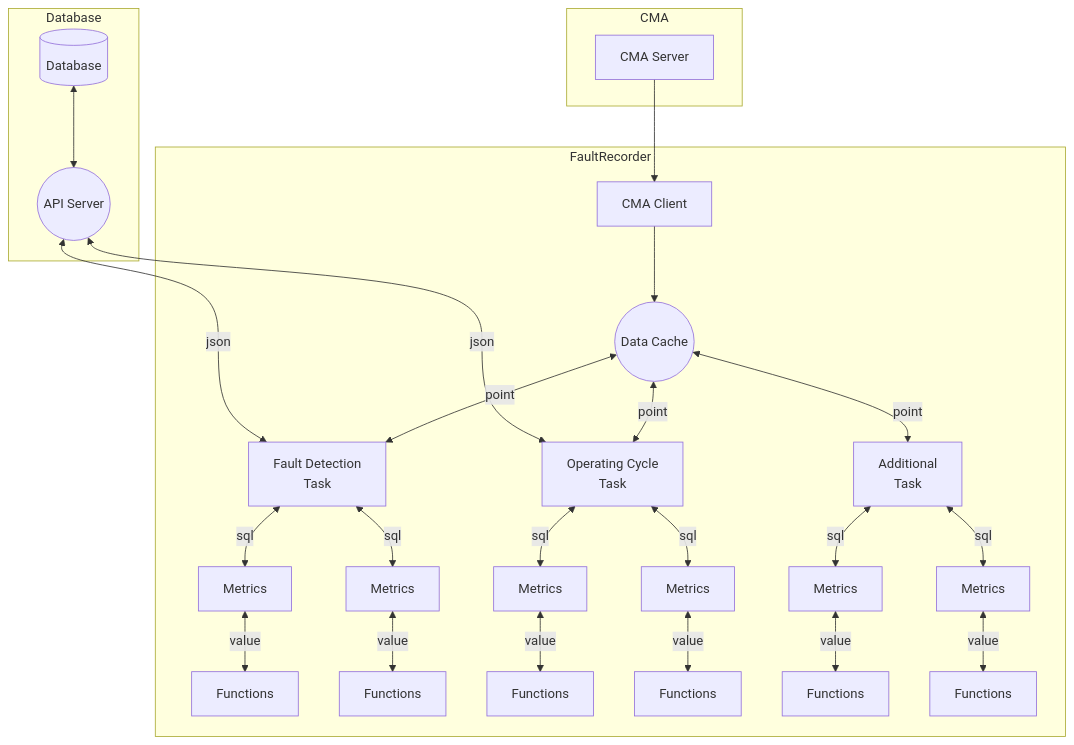
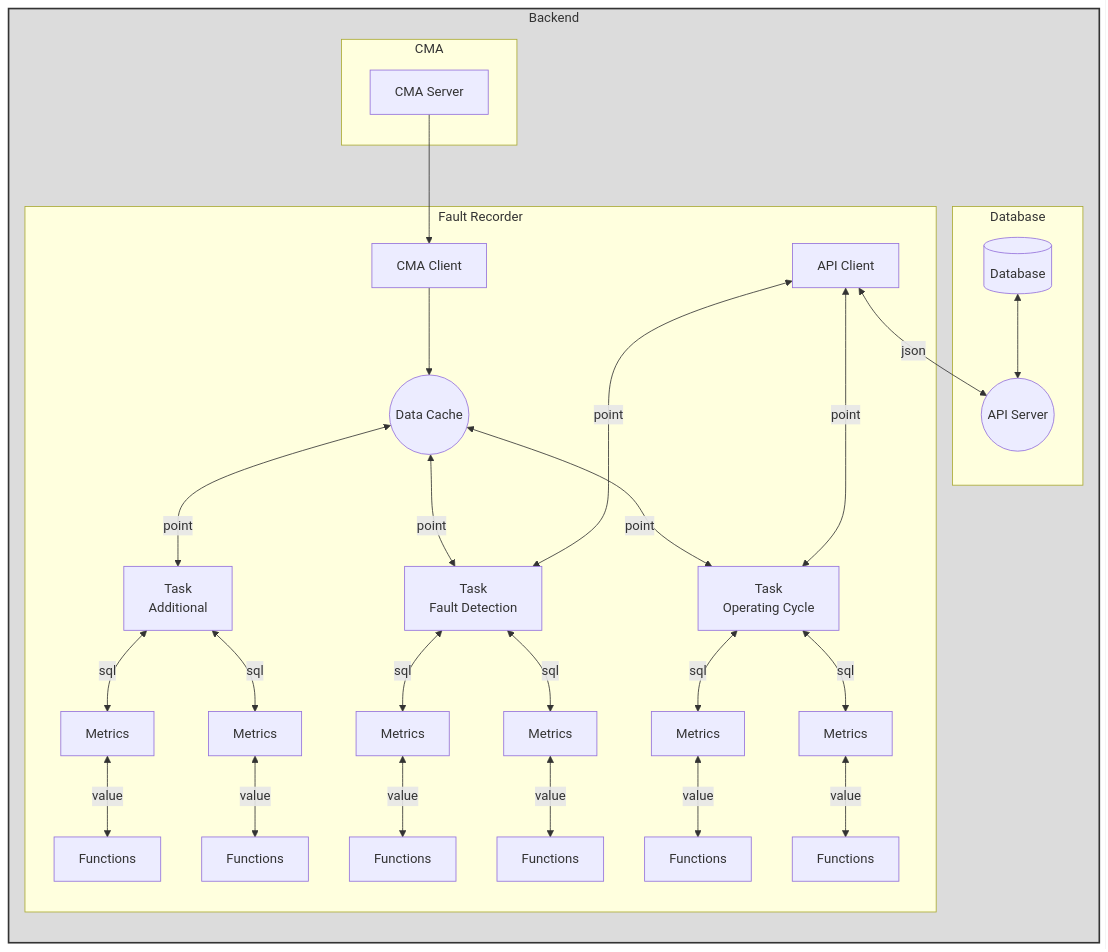
The diagram in readme.md (a-givertzman/fr-service), drawn with Mermaid before and after one commit.

````diff
--- a/readme.md
+++ b/readme.md
@@ -25,55 +25,63 @@
 ```mermaid
-flowchart TD;
+flowchart LR;
+    subgraph Backend
+        subgraph CMA
+            cmaServer[CMA Server]
+        end
 
-    subgraph CMA
-        cmaServer[CMA Server]
+        subgraph Database
+            apiServer((API Server</p>));
+            db[(Database)];
+        end
+
+        subgraph FaultRecorder[Fault Recorder]
+            cmaClient[CMA Client];
+            apiClient[API Client];
+            dataCache((" Data Cache"));
+            task1[Task<br>Operating Cycle];
+            task2[Task<br>Fault Detection];
+            task3[Task<br>Additional];
+            faultDetectionMetrics1[Metrics]
+            faultDetectionMetrics2[Metrics]
+            operatingCycleMetrics1[Metrics];
+            operatingCycleMetrics2[Metrics];
+            additionalMetrics1[Metrics];
+            additionalMetrics2[Metrics];
+            faultDetectionFunctions1[Functions]
+            faultDetectionFunctions2[Functions]
+            operatingCycleFunctions1[Functions];
+            operatingCycleFunctions2[Functions];
+            additionalfunctions1[Functions];
+            additionalfunctions2[Functions];
+        end
+
+        db <--> apiServer;
+        apiClient<--->|point|task1;
+        apiClient<--->|point|task2;
+
+        cmaServer --> cmaClient
+        cmaClient --> dataCache
+        apiClient <--> |json|apiServer
+
+        dataCache <--> |point| task1;
+        dataCache <--> |point| task2;
+        dataCache <--> |point| task3;
+        task1 <--> |sql| operatingCycleMetrics1;
+        task1 <--> |sql| operatingCycleMetrics2;
+        task2 <--> |sql| faultDetectionMetrics1
+        task2 <--> |sql| faultDetectionMetrics2
+        task3 <--> |sql| additionalMetrics1
+        task3 <--> |sql| additionalMetrics2
+        additionalMetrics1 <--> |value| additionalfunctions1
+        additionalMetrics2 <--> |value| additionalfunctions2
+        faultDetectionMetrics1 <--> |value| faultDetectionFunctions1
+        faultDetectionMetrics2 <--> |value| faultDetectionFunctions2
+        operatingCycleMetrics1 <--> |value| operatingCycleFunctions1
+        operatingCycleMetrics2 <--> |value| operatingCycleFunctions2
     end
-
-    subgraph Database
-        api((API Server</p>));
-        db[(Database)];
-    end
-
-    subgraph FaultRecorder
-        cmaClient[CMA Client]
-        dataCache((" Data Cache"));
-        task1[Operating Cycle<br>Task];
-        task2[Fault Detection<br>Task];
-        task3[Additional<br>Task];
-        faultDetectionMetrics1[Metrics]
-        faultDetectionMetrics2[Metrics]
-        operatingCycleMetrics1[Metrics];
-        operatingCycleMetrics2[Metrics];
-        additionalMetrics1[Metrics];
-        additionalMetrics2[Metrics];
-        faultDetectionFunctions1[Functions]
-        faultDetectionFunctions2[Functions]
-        operatingCycleFunctions1[Functions];
-        operatingCycleFunctions2[Functions];
-        additionalfunctions1[Functions];
-        additionalfunctions2[Functions];
-    end
-
-    db <--> api;
-    api<--->|json|task1;
-    api<-->|json|task2;
-
-    cmaServer --> cmaClient
-    cmaClient --> dataCache
-
-    dataCache <--> |point| task1;
-    dataCache <--> |point| task2;
-    dataCache <--> |point| task3;
-    task1 <--> |sql| operatingCycleMetrics1;
-    task1 <--> |sql| operatingCycleMetrics2;
-    task2 <--> |sql| faultDetectionMetrics1
-    task2 <--> |sql| faultDetectionMetrics2
-    task3 <--> |sql| additionalMetrics1
-    task3 <--> |sql| additionalMetrics2
-    additionalMetrics1 <--> |value| additionalfunctions1
-    additionalMetrics2 <--> |value| additionalfunctions2
-    faultDetectionMetrics1 <--> |value| faultDetectionFunctions1
-    faultDetectionMetrics2 <--> |value| faultDetectionFunctions2
-    operatingCycleMetrics1 <--> |value| operatingCycleFunctions1
-    operatingCycleMetrics2 <--> |value| operatingCycleFunctions2
+classDef gray fill:#DCDCDC,stroke:#333,stroke-width:2px;
+classDef green fill:#9f6,stroke:#333,stroke-width:2px;
+classDef orange fill:#f96,stroke:#333,stroke-width:4px;
+class Backend gray
+%% class di orange    
 ```
````
